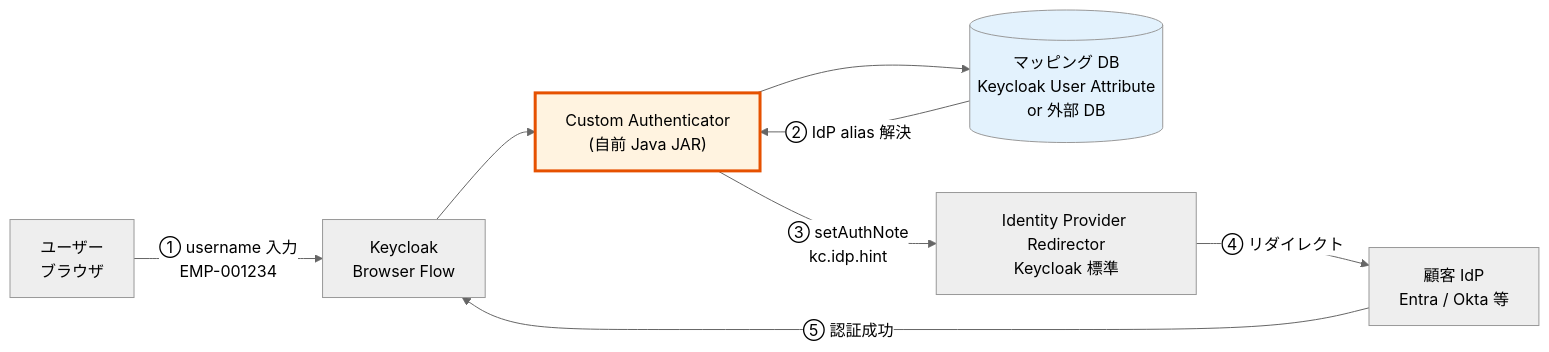
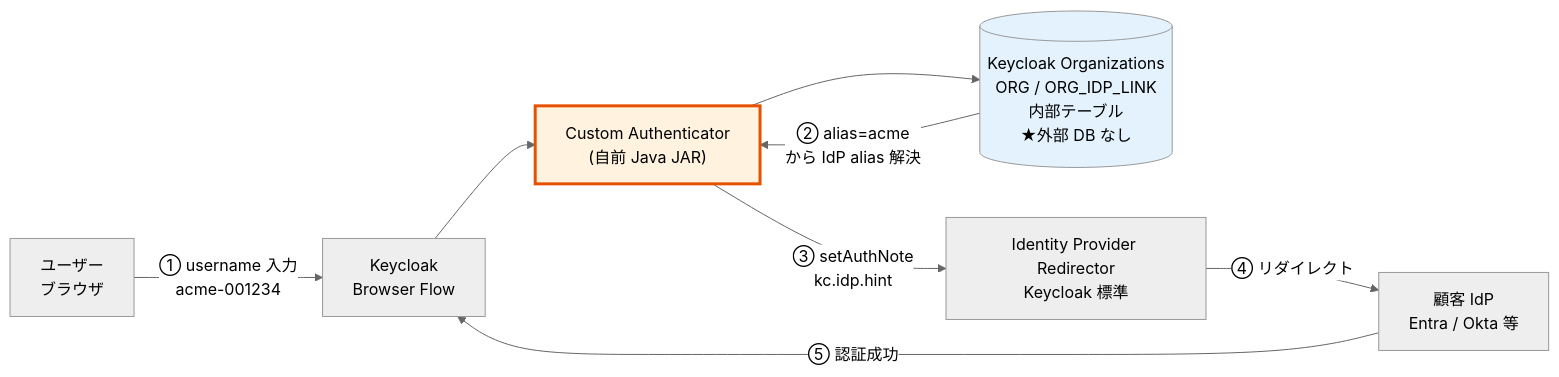
The first of 10 diagrams in doc/adr/055-hrd-implementation-method-selection.md (suepie/aws-atuh-poc), drawn with Mermaid (neutral theme) before and after one commit. The commit also changed other lines of this file and 3 other files, not shown here.

First line of the commit message:
HRD 設計確定: ハイフン区切り <tenant>-<userid> + 薄い SPI + Keycloak Organizations 内部データ

````diff
--- a/doc/adr/055-hrd-implementation-method-selection.md
+++ b/doc/adr/055-hrd-implementation-method-selection.md
@@ -75,20 +123,20 @@
 ```mermaid
 flowchart LR
     User[ユーザー<br/>ブラウザ]
     KC[Keycloak<br/>Browser Flow]
     Custom["Custom Authenticator<br/>(自前 Java JAR)"]
-    Mapping[(マッピング DB<br/>Keycloak User Attribute<br/>or 外部 DB)]
+    Mapping[(Keycloak Organizations<br/>ORG / ORG_IDP_LINK<br/>内部テーブル<br/>★外部 DB なし)]
     IPR[Identity Provider Redirector<br/>Keycloak 標準]
     IdP[顧客 IdP<br/>Entra / Okta 等]
 
-    User -->|① username 入力<br/>EMP-001234| KC
+    User -->|① username 入力<br/>acme-001234| KC
     KC --> Custom
     Custom --> Mapping
-    Mapping -->|② IdP alias 解決| Custom
+    Mapping -->|② alias=acme<br/>から IdP alias 解決| Custom
     Custom -->|③ setAuthNote<br/>kc.idp.hint| IPR
     IPR -->|④ リダイレクト| IdP
     IdP -->|⑤ 認証成功| KC
 
     style Custom fill:#fff3e0,stroke:#e65100,stroke-width:3px
     style Mapping fill:#e3f2fd
 ```
````
